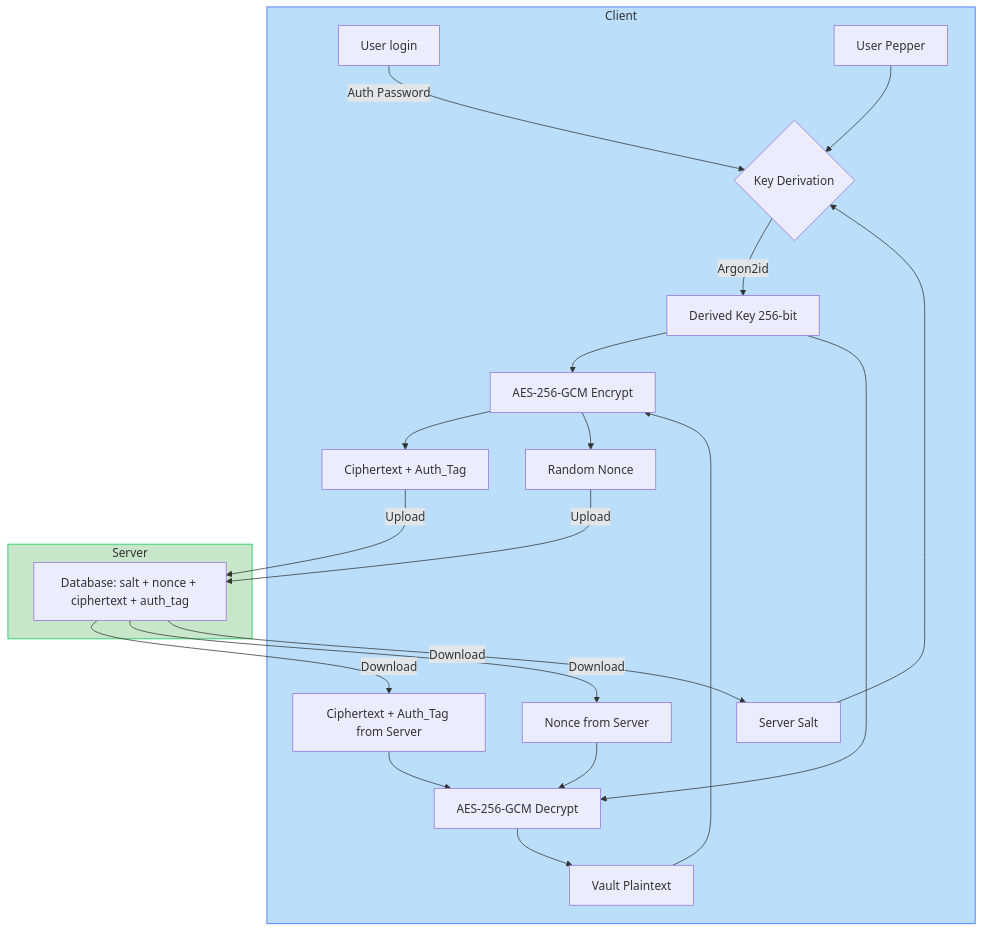
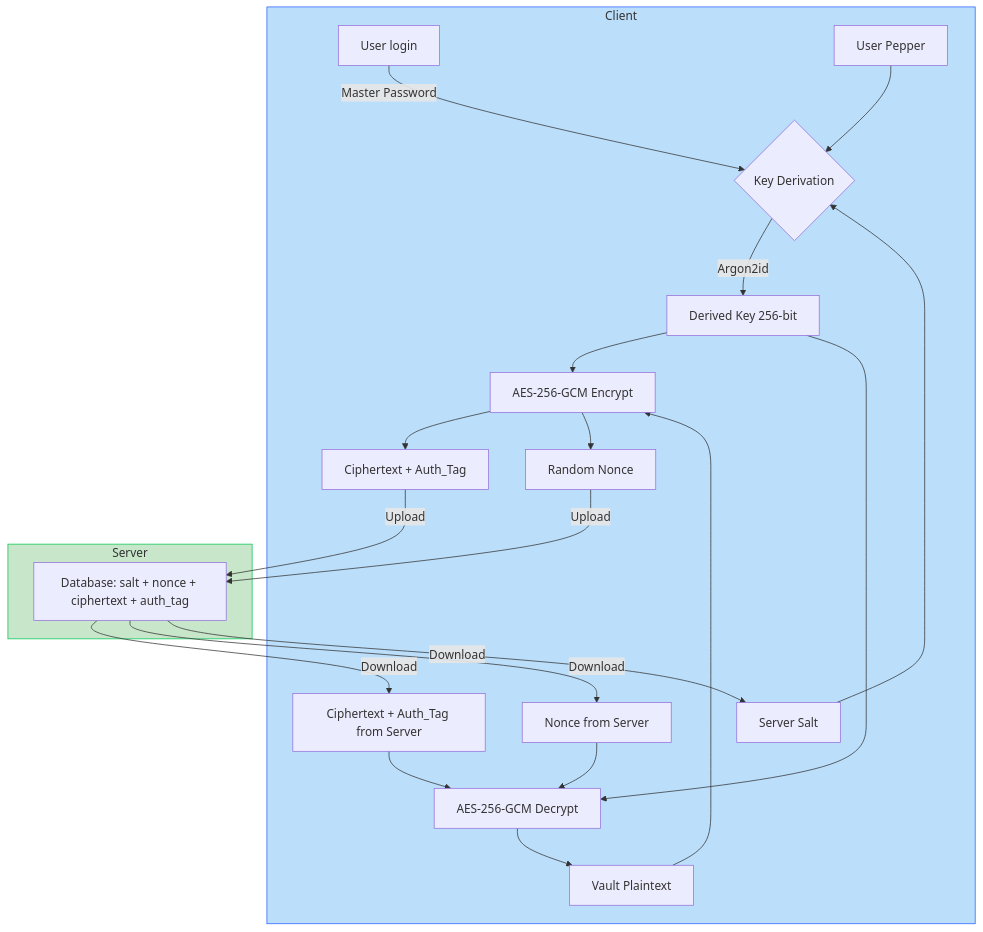
Before and after one commit to DavidHerencia/password_manager_crypto: the seventh of 9 diagrams in INFORME_TECNICO.md, drawn with Mermaid. The commit also changed other lines of this file and 1 other file, not shown here.

````diff
--- a/INFORME_TECNICO.md
+++ b/INFORME_TECNICO.md
@@ -381,37 +380,37 @@
 ```mermaid
 flowchart TB
  subgraph subGraph0["Client"]
         C{"Key Derivation"}
         U["User login"]
         S["Server Salt"]
         P["User Pepper"]
         K["Derived Key 256-bit"]
         ENC["AES-256-GCM Encrypt"]
         V_PT["Vault Plaintext"]
         V_CT["Ciphertext + Auth_Tag"]
         N["Random Nonce"]
         DEC["AES-256-GCM Decrypt"]
         V_CT_IN["Ciphertext + Auth_Tag from Server"]
         N_IN["Nonce from Server"]
   end
  subgraph subGraph1["Server"]
         DB["Database: salt + nonce + ciphertext + auth_tag"]
   end
-    U -- Auth Password --> C
+    U -- Master Password --> C
     P --> C
     S --> C
     C -- Argon2id --> K
     V_PT --> ENC
     K --> ENC & DEC
     ENC --> V_CT & N
     V_CT_IN --> DEC
     N_IN --> DEC
     DEC --> V_PT
     V_CT -- Upload --> DB
     N -- Upload --> DB
     DB -- Download --> V_CT_IN & N_IN & S
 
 
     style subGraph1 fill:#C8E6C9,stroke:#00C853
     style subGraph0 fill:#BBDEFB,stroke:#2962FF
 ```
````
